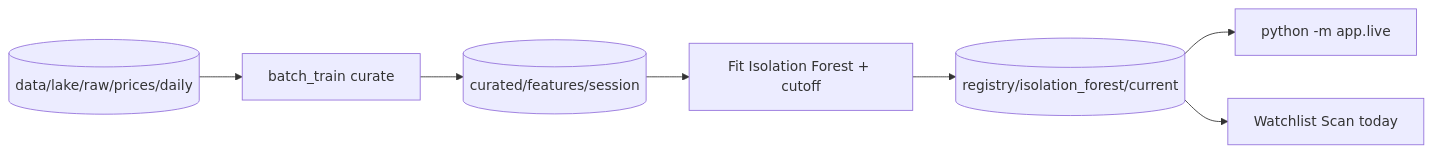
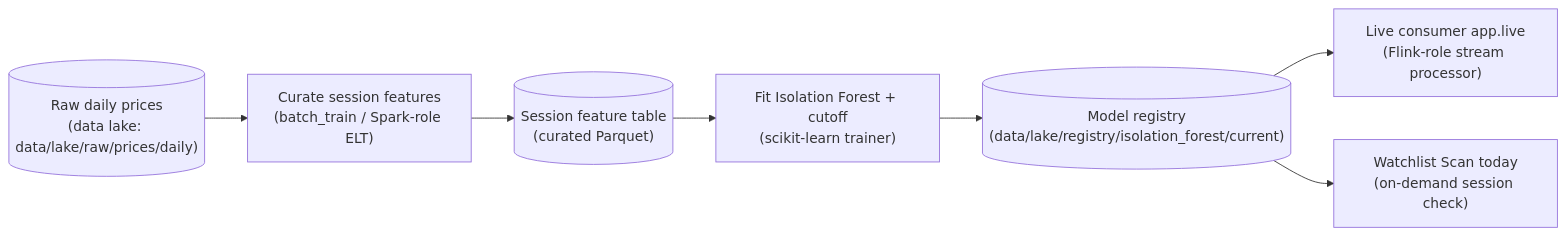
The sixth of 10 diagrams in docs/architecture.md (sameerde4/ticker-alert-system), drawn with Mermaid before and after one commit. The commit also changed other lines of this file and 1 other file, not shown here.

First line of the commit message:
Clarify architecture diagram boxes with job plus technical role.

````diff
--- a/docs/architecture.md
+++ b/docs/architecture.md
@@ -340,9 +340,9 @@
 ```mermaid
 flowchart LR
-    RAW[(data/lake/raw/prices/daily)] --> CURATE[batch_train curate]
-    CURATE --> FEAT[(curated/features/session)]
-    FEAT --> TRAIN[Fit Isolation Forest + cutoff]
-    TRAIN --> REG[(registry/isolation_forest/current)]
-    REG --> LIVE[python -m app.live]
-    REG --> SCAN[Watchlist Scan today]
+    RAW[("Raw daily prices<br/>(data lake: data/lake/raw/prices/daily)")] --> CURATE["Curate session features<br/>(batch_train / Spark-role ELT)"]
+    CURATE --> FEAT[("Session feature table<br/>(curated Parquet)")]
+    FEAT --> TRAIN["Fit Isolation Forest + cutoff<br/>(scikit-learn trainer)"]
+    TRAIN --> REG[("Model registry<br/>(data/lake/registry/isolation_forest/current)")]
+    REG --> LIVE["Live consumer app.live<br/>(Flink-role stream processor)"]
+    REG --> SCAN["Watchlist Scan today<br/>(on-demand session check)"]
 ```
````
